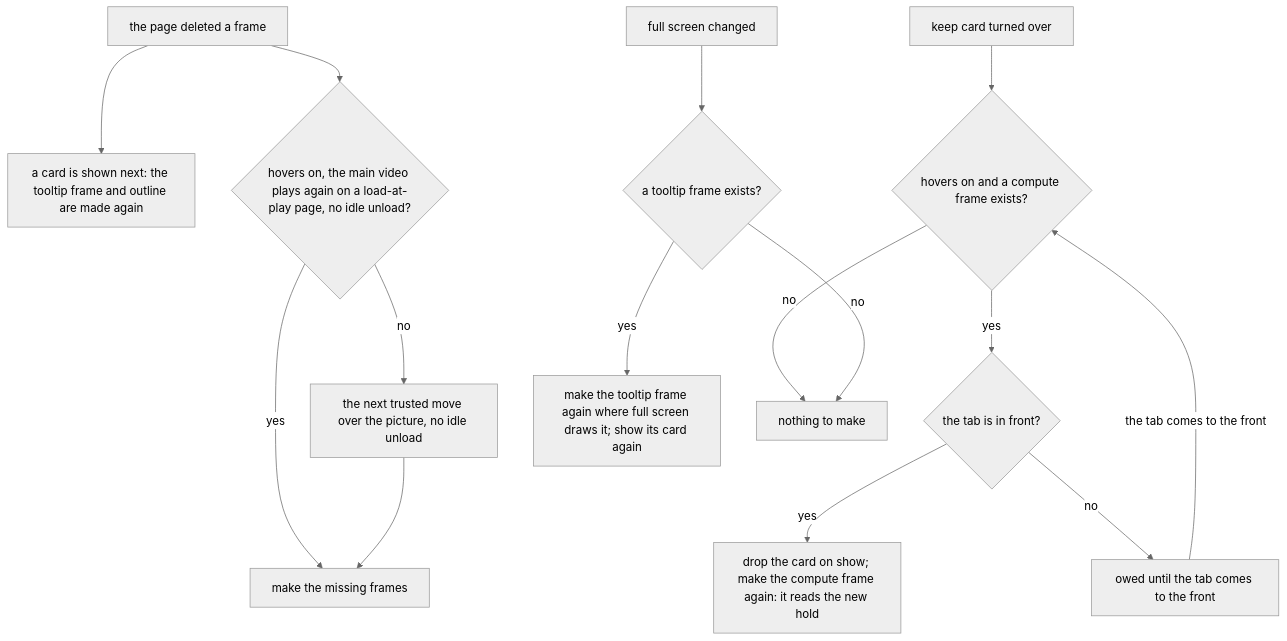
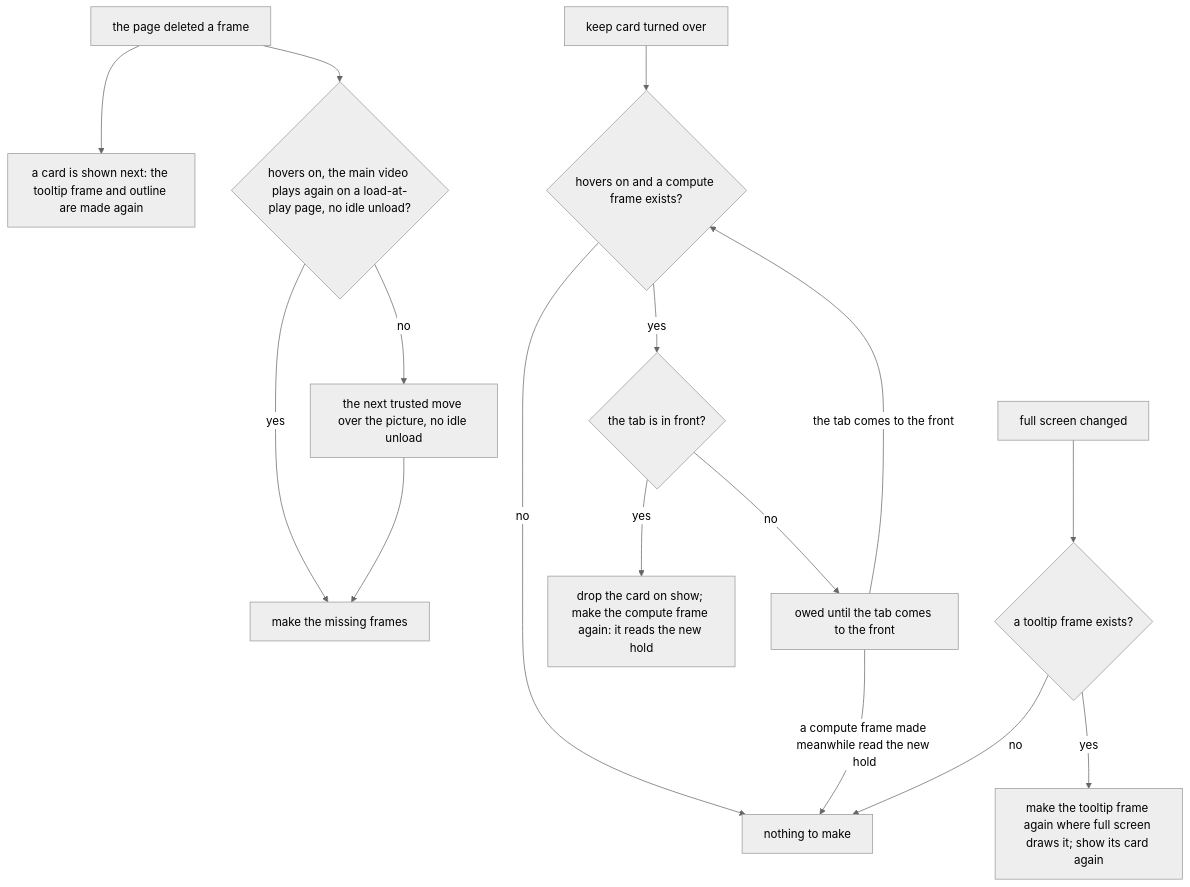
One commit to ryangswe/kenbunshoku changed the seventh of 14 diagrams in docs/hover-map.md. Above: the diagram before and after it, drawn with Mermaid (neutral theme). The commit also changed other lines of this file and 3 other files, not shown here.

````diff
--- a/docs/hover-map.md
+++ b/docs/hover-map.md
@@ -302,31 +302,32 @@
 ```mermaid
 flowchart TD
   GONE["the page deleted a frame"]
   SHOWN["a card is shown next: the tooltip frame and outline are made again"]
   PLAYS{"hovers on, the main video plays again on a load-at-play page, no idle unload?"}
   MOVE["the next trusted move over the picture, no idle unload"]
   ENSURE["make the missing frames"]
   KEEP["keep card turned over"]
   RUNNING{"hovers on and a compute frame exists?"}
   FRONT{"the tab is in front?"}
   OWED["owed until the tab comes to the front"]
   REMAKE_C["drop the card on show; make the compute frame again: it reads the new hold"]
   FS["full screen changed"]
   EXISTS{"a tooltip frame exists?"}
   REMAKE_T["make the tooltip frame again where full screen draws it; show its card again"]
   NOTHING["nothing to make"]
 
   GONE --> PLAYS
   GONE --> SHOWN
   PLAYS -->|yes| ENSURE
   PLAYS -->|no| MOVE --> ENSURE
   KEEP --> RUNNING
   RUNNING -->|no| NOTHING
   RUNNING -->|yes| FRONT
   FRONT -->|yes| REMAKE_C
   FRONT -->|no| OWED
   OWED -->|"the tab comes to the front"| RUNNING
+  OWED -->|"a compute frame made meanwhile read the new hold"| NOTHING
   FS --> EXISTS
   EXISTS -->|no| NOTHING
   EXISTS -->|yes| REMAKE_T
 ```
````
